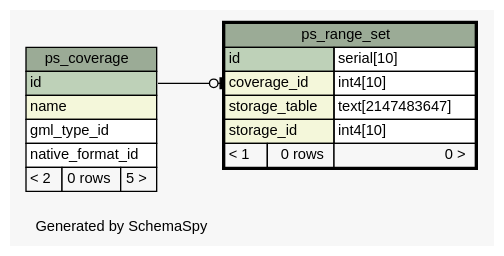
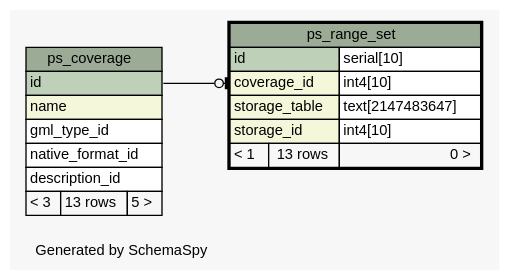
Before and after one commit to kalxas/rasdaman: the diagram in manuals_and_examples/manuals/doc-petascope/dbschema/schema/diagrams/ps_range_set.1degree.dot, drawn with Graphviz. The commit also changed 173 other files, not shown here.

Commit message:
ticket:567 - Update SchemaSpy documentation to include petascopedb updates #9 to #13.

```diff
--- a/manuals_and_examples/manuals/doc-petascope/dbschema/schema/diagrams/ps_range_set.1degree.dot
+++ b/manuals_and_examples/manuals/doc-petascope/dbschema/schema/diagrams/ps_range_set.1degree.dot
@@ -1,49 +1,50 @@
-// dot 2.26.3 on Linux 3.2.0-58-generic
+// dot 2.26.3 on Linux 3.2.0-65-generic
 // SchemaSpy rev 590
 digraph "oneDegreeRelationshipsDiagram" {
   graph [
     rankdir="RL"
     bgcolor="#f7f7f7"
     label="\nGenerated by SchemaSpy"
     labeljust="l"
     nodesep="0.18"
     ranksep="0.46"
     fontname="Helvetica"
     fontsize="11"
   ];
   node [
     fontname="Helvetica"
     fontsize="11"
     shape="plaintext"
   ];
   edge [
     arrowsize="0.8"
   ];
   "ps_range_set":"coverage_id":w -> "ps_coverage":"id":e [arrowhead=none dir=back arrowtail=teeodot];
   "ps_coverage" [
     label=<
     <TABLE BORDER="0" CELLBORDER="1" CELLSPACING="0" BGCOLOR="#ffffff">
       <TR><TD COLSPAN="3" BGCOLOR="#9bab96" ALIGN="CENTER">ps_coverage</TD></TR>
       <TR><TD PORT="id" COLSPAN="3" BGCOLOR="#bed1b8" ALIGN="LEFT">id</TD></TR>
       <TR><TD PORT="name" COLSPAN="3" BGCOLOR="#f4f7da" ALIGN="LEFT">name</TD></TR>
       <TR><TD PORT="gml_type_id" COLSPAN="3" ALIGN="LEFT">gml_type_id</TD></TR>
       <TR><TD PORT="native_format_id" COLSPAN="3" ALIGN="LEFT">native_format_id</TD></TR>
-      <TR><TD ALIGN="LEFT" BGCOLOR="#f7f7f7">&lt; 2</TD><TD ALIGN="RIGHT" BGCOLOR="#f7f7f7">0 rows</TD><TD ALIGN="RIGHT" BGCOLOR="#f7f7f7">5 &gt;</TD></TR>
+      <TR><TD PORT="description_id" COLSPAN="3" ALIGN="LEFT">description_id</TD></TR>
+      <TR><TD ALIGN="LEFT" BGCOLOR="#f7f7f7">&lt; 3</TD><TD ALIGN="RIGHT" BGCOLOR="#f7f7f7">13 rows</TD><TD ALIGN="RIGHT" BGCOLOR="#f7f7f7">5 &gt;</TD></TR>
     </TABLE>>
     URL="ps_coverage.html"
     tooltip="ps_coverage"
   ];
   "ps_range_set" [
     label=<
     <TABLE BORDER="2" CELLBORDER="1" CELLSPACING="0" BGCOLOR="#ffffff">
       <TR><TD COLSPAN="3" BGCOLOR="#9bab96" ALIGN="CENTER">ps_range_set</TD></TR>
       <TR><TD PORT="id" COLSPAN="2" BGCOLOR="#bed1b8" ALIGN="LEFT">id</TD><TD PORT="id.type" ALIGN="LEFT">serial[10]</TD></TR>
       <TR><TD PORT="coverage_id" COLSPAN="2" BGCOLOR="#f4f7da" ALIGN="LEFT">coverage_id</TD><TD PORT="coverage_id.type" ALIGN="LEFT">int4[10]</TD></TR>
       <TR><TD PORT="storage_table" COLSPAN="2" BGCOLOR="#f4f7da" ALIGN="LEFT">storage_table</TD><TD PORT="storage_table.type" ALIGN="LEFT">text[2147483647]</TD></TR>
       <TR><TD PORT="storage_id" COLSPAN="2" BGCOLOR="#f4f7da" ALIGN="LEFT">storage_id</TD><TD PORT="storage_id.type" ALIGN="LEFT">int4[10]</TD></TR>
-      <TR><TD ALIGN="LEFT" BGCOLOR="#f7f7f7">&lt; 1</TD><TD ALIGN="RIGHT" BGCOLOR="#f7f7f7">0 rows</TD><TD ALIGN="RIGHT" BGCOLOR="#f7f7f7">0 &gt;</TD></TR>
+      <TR><TD ALIGN="LEFT" BGCOLOR="#f7f7f7">&lt; 1</TD><TD ALIGN="RIGHT" BGCOLOR="#f7f7f7">13 rows</TD><TD ALIGN="RIGHT" BGCOLOR="#f7f7f7">0 &gt;</TD></TR>
     </TABLE>>
     URL="ps_range_set.html"
     tooltip="ps_range_set"
   ];
 }
```
